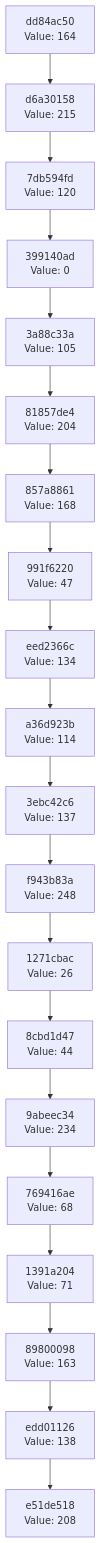
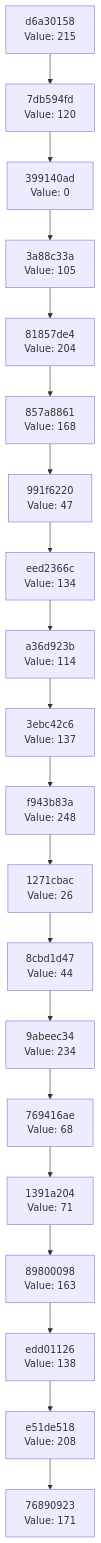
One commit to Abhisheksinha1506/hash-chain-evolver changed the diagram in docs/CHAIN_VISUALIZATION.md. Above: the diagram before and after it, drawn with Mermaid. The commit also changed 2 other files, not shown here.

Commit message:
Evolution step: hash 0xAB → action executed

````diff
--- a/docs/CHAIN_VISUALIZATION.md
+++ b/docs/CHAIN_VISUALIZATION.md
@@ -3,42 +3,42 @@
 ```mermaid
 graph TD
-    C0["e51de518<br/>Value: 208"]
-    C1["edd01126<br/>Value: 138"]
+    C0["76890923<br/>Value: 171"]
+    C1["e51de518<br/>Value: 208"]
     C1 --> C0
-    C2["89800098<br/>Value: 163"]
+    C2["edd01126<br/>Value: 138"]
     C2 --> C1
-    C3["1391a204<br/>Value: 71"]
+    C3["89800098<br/>Value: 163"]
     C3 --> C2
-    C4["769416ae<br/>Value: 68"]
+    C4["1391a204<br/>Value: 71"]
     C4 --> C3
-    C5["9abeec34<br/>Value: 234"]
+    C5["769416ae<br/>Value: 68"]
     C5 --> C4
-    C6["8cbd1d47<br/>Value: 44"]
+    C6["9abeec34<br/>Value: 234"]
     C6 --> C5
-    C7["1271cbac<br/>Value: 26"]
+    C7["8cbd1d47<br/>Value: 44"]
     C7 --> C6
-    C8["f943b83a<br/>Value: 248"]
+    C8["1271cbac<br/>Value: 26"]
     C8 --> C7
-    C9["3ebc42c6<br/>Value: 137"]
+    C9["f943b83a<br/>Value: 248"]
     C9 --> C8
-    C10["a36d923b<br/>Value: 114"]
+    C10["3ebc42c6<br/>Value: 137"]
     C10 --> C9
-    C11["eed2366c<br/>Value: 134"]
+    C11["a36d923b<br/>Value: 114"]
     C11 --> C10
-    C12["991f6220<br/>Value: 47"]
+    C12["eed2366c<br/>Value: 134"]
     C12 --> C11
-    C13["857a8861<br/>Value: 168"]
+    C13["991f6220<br/>Value: 47"]
     C13 --> C12
-    C14["81857de4<br/>Value: 204"]
+    C14["857a8861<br/>Value: 168"]
     C14 --> C13
-    C15["3a88c33a<br/>Value: 105"]
+    C15["81857de4<br/>Value: 204"]
     C15 --> C14
-    C16["399140ad<br/>Value: 0"]
+    C16["3a88c33a<br/>Value: 105"]
     C16 --> C15
-    C17["7db594fd<br/>Value: 120"]
+    C17["399140ad<br/>Value: 0"]
     C17 --> C16
-    C18["d6a30158<br/>Value: 215"]
+    C18["7db594fd<br/>Value: 120"]
     C18 --> C17
-    C19["dd84ac50<br/>Value: 164"]
+    C19["d6a30158<br/>Value: 215"]
     C19 --> C18
 ```
````
